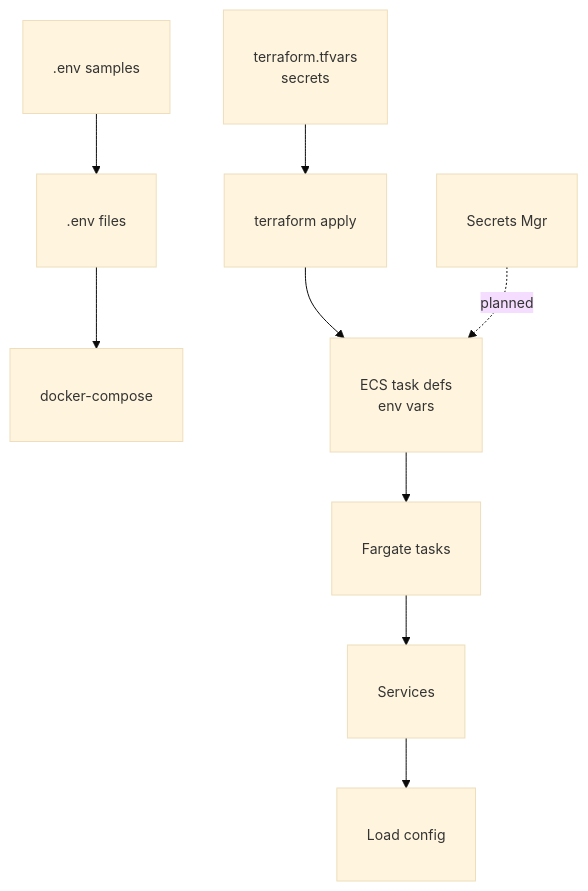
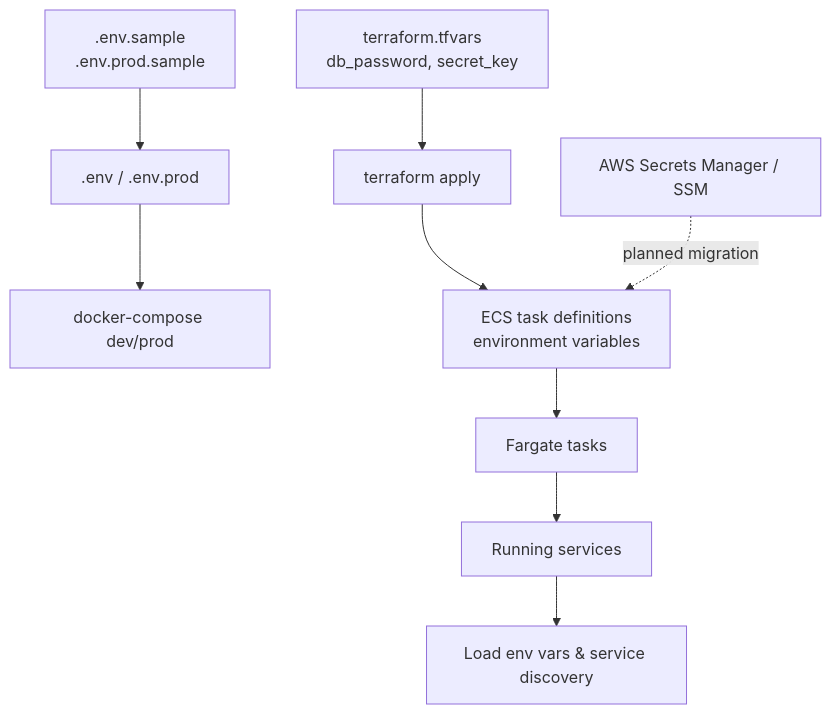
One commit to JoanneHing/cs3219-ay2526s1-project-g19 changed the fifth of 8 diagrams in docs/p1_deploy.md. Above: the diagram before and after it, drawn with Mermaid. The commit also changed other lines of this file, not shown here.

````diff
--- a/docs/p1_deploy.md
+++ b/docs/p1_deploy.md
@@ -169,18 +251,27 @@
 ```mermaid
-%%{init: {'theme':'base', 'themeVariables': {'fontSize':'14px'}}}%%
+
 graph TD
-  Samples[".env samples"] --> LocalEnv[".env files"]
-  LocalEnv --> ComposeEnv["docker-compose"]
 
-  TFVars["terraform.tfvars<br/>secrets"] --> TerraformApply["terraform apply"]
-  TerraformApply --> TaskDefs["ECS task defs<br/>env vars"]
-  TaskDefs --> FargateTasks["Fargate tasks"]
+Samples[".env.sample<br/>.env.prod.sample"] --> LocalEnv[".env / .env.prod"]
 
-  FargateTasks --> Services["Services"]
-  Services --> Usage["Load config"]
+LocalEnv --> ComposeEnv["docker-compose dev/prod"]
 
-  SecretsMgr["Secrets Mgr"] -. planned .-> TaskDefs
+  
 
-  classDef wider padding:10px
-  class Samples,LocalEnv,ComposeEnv,TFVars,TerraformApply,TaskDefs,FargateTasks,Services,Usage,SecretsMgr wider
+TFVars["terraform.tfvars<br/>db_password, secret_key"] --> TerraformApply["terraform apply"]
+
+TerraformApply --> TaskDefs["ECS task definitions<br/>environment variables"]
+
+TaskDefs --> FargateTasks["Fargate tasks"]
+
+  
+
+FargateTasks --> Services["Running services"]
+
+Services --> Usage["Load env vars & service discovery"]
+
+  
+
+SecretsMgr["AWS Secrets Manager / SSM"] -. planned migration .-> TaskDefs
+
 ```
````
